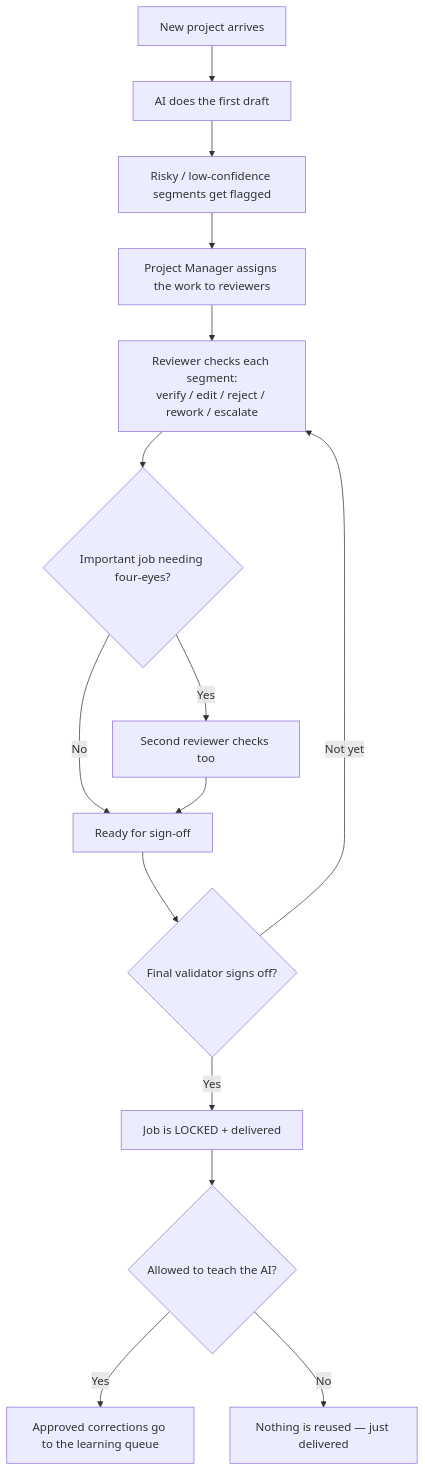
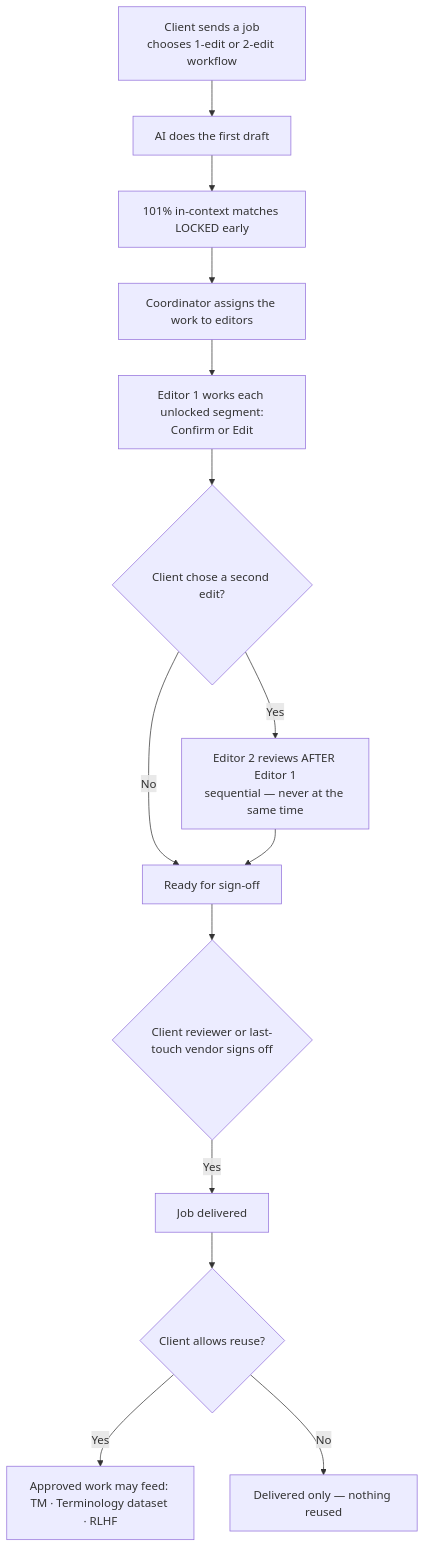
The first of 2 diagrams in docs/hitl-requirements.md (nakesekander-CPO/NotVerify), drawn with Mermaid before and after one commit. The commit also changed other lines of this file, not shown here.

First line of the commit message:
HITL doc v2: align to real Straker workflow after team feedback

````diff
--- a/docs/hitl-requirements.md
+++ b/docs/hitl-requirements.md
@@ -103,17 +128,16 @@
 ```mermaid
 flowchart TD
-    A[New project arrives] --> B[AI does the first draft]
-    B --> C[Risky / low-confidence segments get flagged]
-    C --> D[Project Manager assigns the work to reviewers]
-    D --> E[Reviewer checks each segment:<br/>verify / edit / reject / rework / escalate]
-    E --> F{Important job needing four-eyes?}
-    F -->|Yes| G[Second reviewer checks too]
+    A[Client sends a job<br/>chooses 1-edit or 2-edit workflow] --> B[AI does the first draft]
+    B --> C[101% in-context matches LOCKED early]
+    C --> D[Coordinator assigns the work to editors]
+    D --> E[Editor 1 works each unlocked segment:<br/>Confirm or Edit]
+    E --> F{Client chose a second edit?}
+    F -->|Yes| G[Editor 2 reviews AFTER Editor 1<br/>sequential — never at the same time]
     F -->|No| H[Ready for sign-off]
     G --> H
-    H --> I{Final validator signs off?}
-    I -->|Not yet| E
-    I -->|Yes| J[Job is LOCKED + delivered]
-    J --> K{Allowed to teach the AI?}
-    K -->|Yes| L[Approved corrections go to the learning queue]
-    K -->|No| M[Nothing is reused — just delivered]
+    H --> I{Client reviewer or last-touch vendor signs off}
+    I -->|Yes| J[Job delivered]
+    J --> K{Client allows reuse?}
+    K -->|Yes| L[Approved work may feed: TM · Terminology dataset · RLHF]
+    K -->|No| M[Delivered only — nothing reused]
 ```
````
